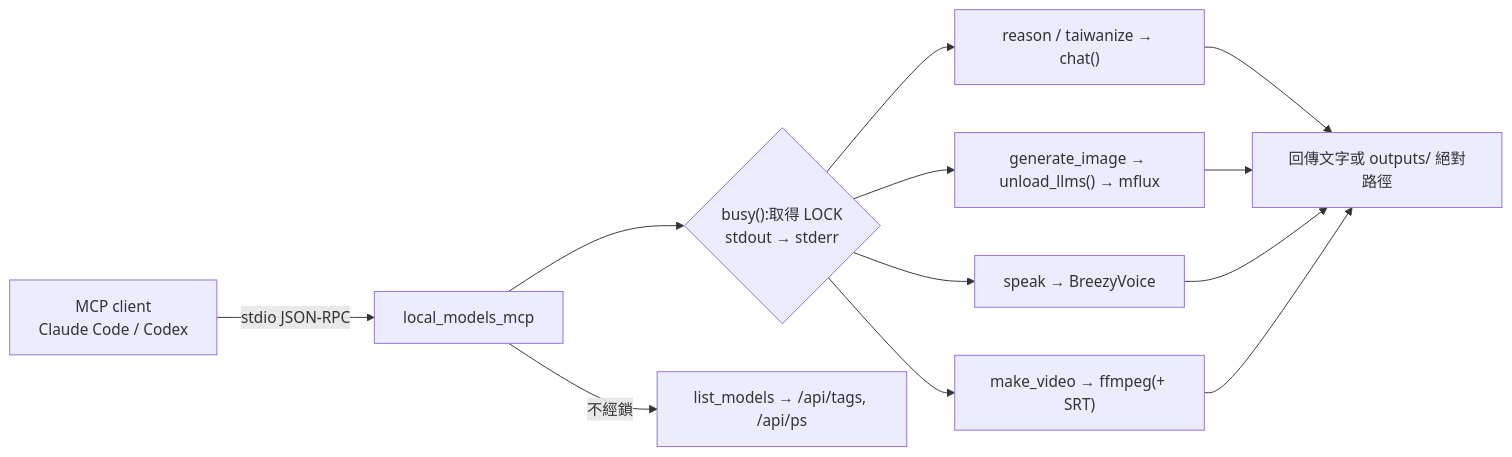
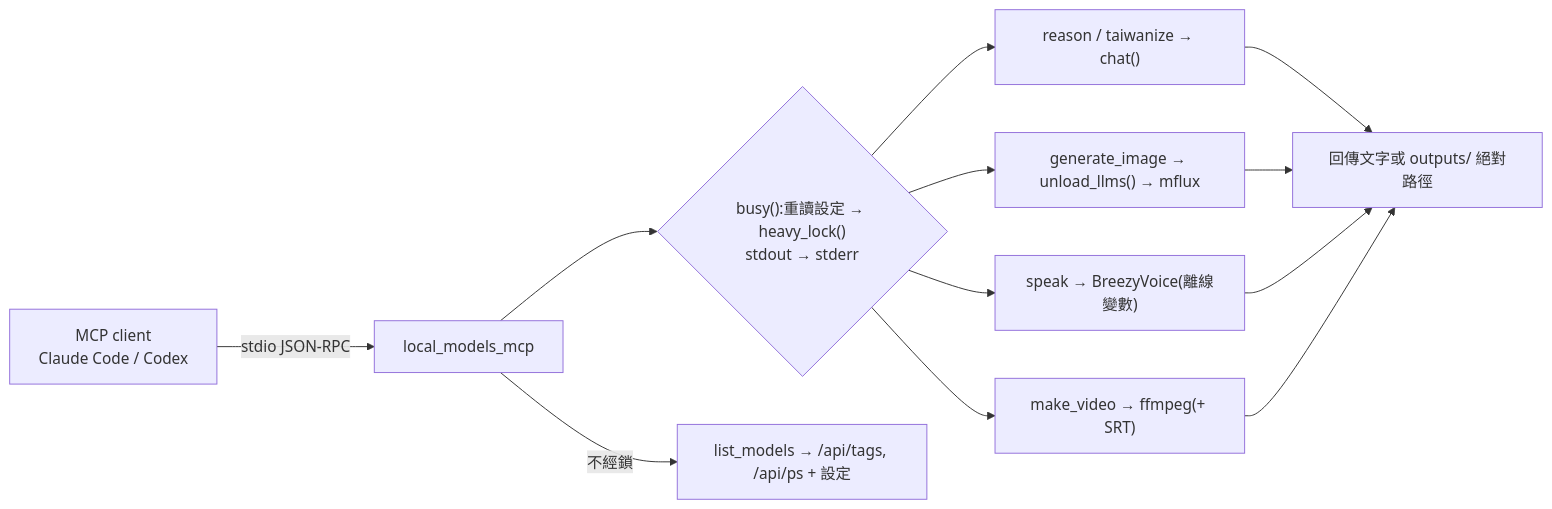
The third of 6 diagrams in docs/structure/logical.md (kamira/podcast-studio), drawn with Mermaid before and after one commit. The commit also changed other lines of this file and 11 other files, not shown here.

````diff
--- a/docs/structure/logical.md
+++ b/docs/structure/logical.md
@@ -103,11 +126,11 @@
 ```mermaid
 flowchart LR
   C["MCP client<br/>Claude Code / Codex"] -- stdio JSON-RPC --> S["local_models_mcp"]
-  S --> L{"busy():取得 LOCK<br/>stdout → stderr"}
+  S --> L{"busy():重讀設定 → heavy_lock()<br/>stdout → stderr"}
   L --> R["reason / taiwanize → chat()"]
   L --> G["generate_image → unload_llms() → mflux"]
-  L --> SP["speak → BreezyVoice"]
+  L --> SP["speak → BreezyVoice(離線變數)"]
   L --> V["make_video → ffmpeg(+ SRT)"]
-  S -- 不經鎖 --> LM["list_models → /api/tags, /api/ps"]
+  S -- 不經鎖 --> LM["list_models → /api/tags, /api/ps + 設定"]
   R & G & SP & V --> RET["回傳文字或 outputs/ 絕對路徑"]
 ```
````
